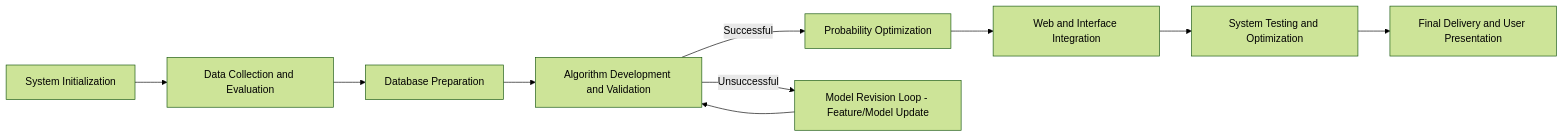
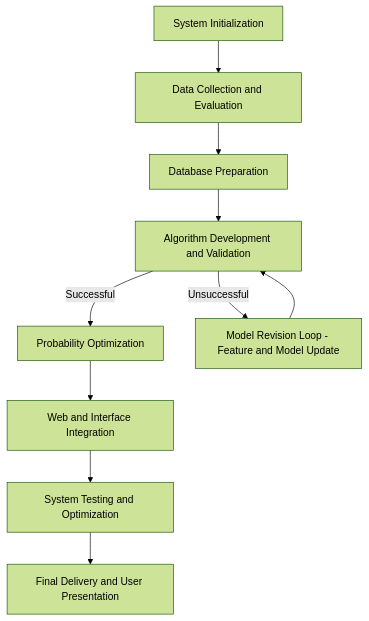
Before and after one commit to mericozcann/TUBITAK-2209-A-Project--Optimization-of-Safe-Cargo-Delivery-with-Artificial-Intelligence: the diagram in README.md, drawn with Mermaid (forest theme).

````diff
--- a/README.md
+++ b/README.md
@@ -82,14 +80,24 @@
 ```mermaid
-flowchart LR
-    A[System Initialization] --> B[Data Collection and Evaluation]
-    B --> C[Database Preparation]
-    C --> D[Algorithm Development and Validation]
+flowchart TD
+    A[System Initialization]
+    B[Data Collection and Evaluation]
+    C[Database Preparation]
+    D[Algorithm Development and Validation]
+    E[Probability Optimization]
+    F[Model Revision Loop - Feature and Model Update]
+    G[Web and Interface Integration]
+    H[System Testing and Optimization]
+    I[Final Delivery and User Presentation]
 
-    D -->|Successful| E[Probability Optimization]
-    D -->|Unsuccessful| F[Model Revision Loop - Feature/Model Update]
+    A --> B
+    B --> C
+    C --> D
+
+    D -->|Successful| E
+    D -->|Unsuccessful| F
     F --> D
 
-    E --> G[Web and Interface Integration]
-    G --> H[System Testing and Optimization]
-    H --> I[Final Delivery and User Presentation]
+    E --> G
+    G --> H
+    H --> I
 ```
````
